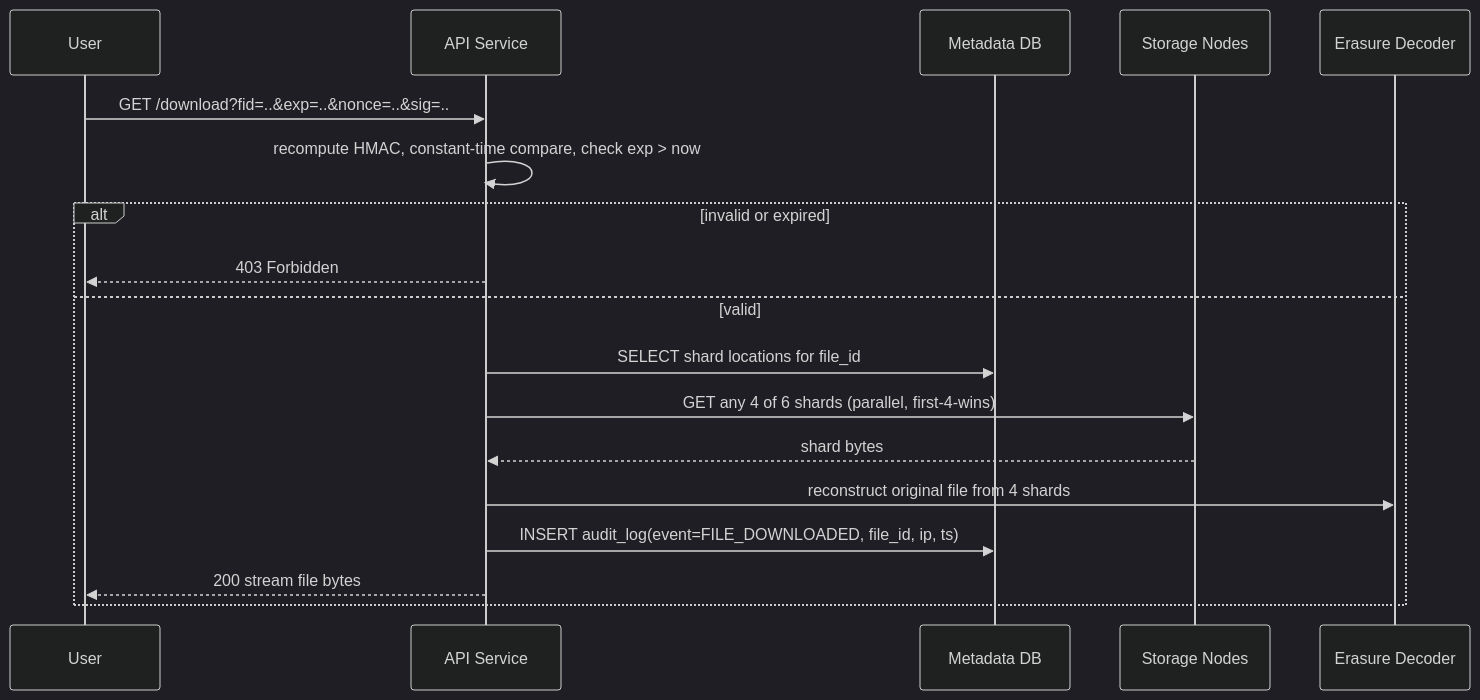
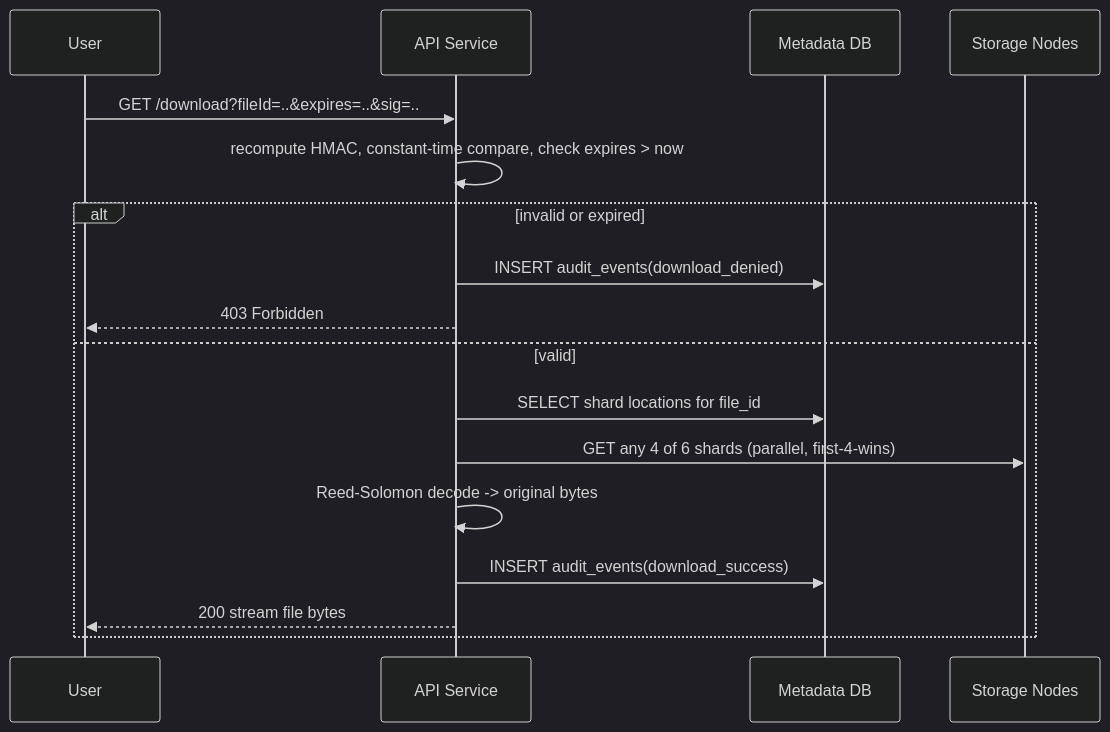
The fourth of 4 diagrams in docs/DESIGN.md (vikram0230/secure-file-system), drawn with Mermaid (dark theme) before and after one commit. The commit also changed other lines of this file, not shown here.

Commit message:
Revise system design document to clarify goals, scope, and architecture for distributed secure file sharing service with erasure-coded redundancy

````diff
--- a/docs/DESIGN.md
+++ b/docs/DESIGN.md
@@ -114,21 +134,20 @@
 ```mermaid
 sequenceDiagram
     participant U as User
     participant API as API Service
     participant DB as Metadata DB
     participant N as Storage Nodes
-    participant EC as Erasure Decoder
 
-    U->>API: GET /download?fid=..&exp=..&nonce=..&sig=..
-    API->>API: recompute HMAC, constant-time compare, check exp > now
+    U->>API: GET /download?fileId=..&expires=..&sig=..
+    API->>API: recompute HMAC, constant-time compare, check expires > now
     alt invalid or expired
+        API->>DB: INSERT audit_events(download_denied)
         API-->>U: 403 Forbidden
     else valid
         API->>DB: SELECT shard locations for file_id
         API->>N: GET any 4 of 6 shards (parallel, first-4-wins)
-        N-->>API: shard bytes
-        API->>EC: reconstruct original file from 4 shards
-        API->>DB: INSERT audit_log(event=FILE_DOWNLOADED, file_id, ip, ts)
+        API->>API: Reed-Solomon decode -> original bytes
+        API->>DB: INSERT audit_events(download_success)
         API-->>U: 200 stream file bytes
     end
 ```
````
